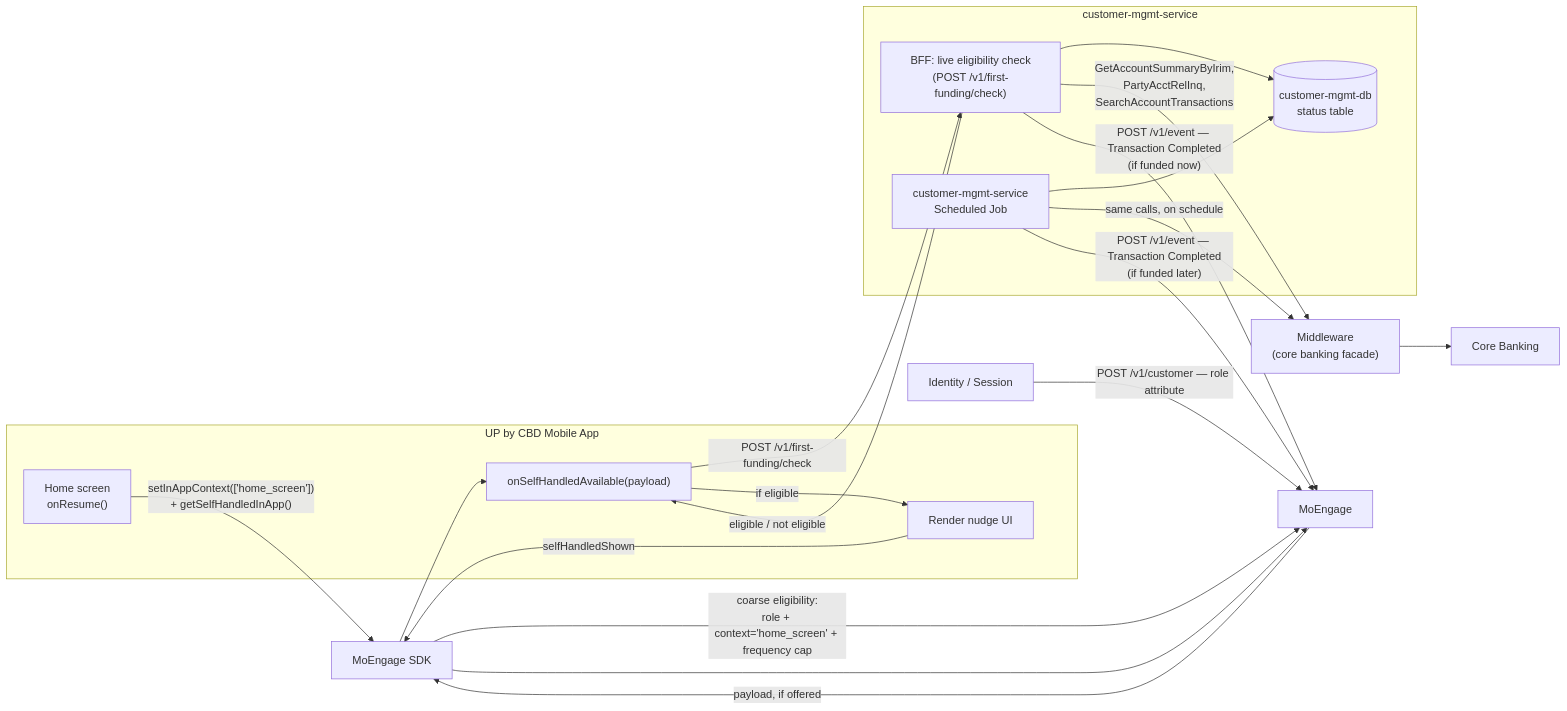
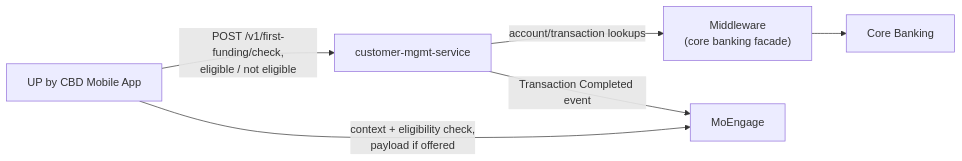
Before and after one commit to tbrudnicki/cbd: the first of 3 diagrams in nudges/First-founding-moengage-sdk-delivery-solution-design.md, drawn with Mermaid. The commit also changed other lines of this file and 1 other file, not shown here.

Commit message:
Simplify first_funding C2 diagram and drop revision history framing
Collapse the C2 diagram to its essential nodes (mobile app, MoEngage,
customer-mgmt-service, middleware, core banking) and rewrite both
documents to stand alone, without references to prior revisions or
iterations that readers have no context for.

```diff
--- a/nudges/First-founding-moengage-sdk-delivery-solution-design.md
+++ b/nudges/First-founding-moengage-sdk-delivery-solution-design.md
@@ -29,34 +29,12 @@
 ::: mermaid
 flowchart LR
-  subgraph MOBILE["UP by CBD Mobile App"]
-    HOME["Home screen<br>onResume()"]
-    CB_APP["onSelfHandledAvailable(payload)"]
-    RENDER["Render nudge UI"]
-  end
+  MOBILE["UP by CBD Mobile App"]
+  CMS["customer-mgmt-service"]
+  MW["Middleware<br>(core banking facade)"]
 
-  subgraph KV["customer-mgmt-service"]
-    BFF["BFF: live eligibility check<br>(POST /v1/first-funding/check)"]
-    SCHED["customer-mgmt-service<br>Scheduled Job"]
-    DB[("customer-mgmt-db<br>status table")]
-  end
-
-  HOME -->|"setInAppContext(['home_screen'])<br>+ getSelfHandledInApp()"| SDK["MoEngage SDK"]
-  SDK -->|"coarse eligibility:<br>role + context='home_screen' + frequency cap"| MOE[MoEngage]
-  MOE -->|"payload, if offered"| SDK --> CB_APP
-  CB_APP -->|"POST /v1/first-funding/check"| BFF
-
-  BFF --> DB
-  SCHED --> DB
-  BFF -->|"GetAccountSummaryByIrim,<br>PartyAcctRelInq,<br>SearchAccountTransactions"| MW["Middleware<br>(core banking facade)"]
-  SCHED -->|"same calls, on schedule"| MW
+  MOBILE -->|"context + eligibility check,<br>payload if offered"| MOE[MoEngage]
+  MOBILE -->|"POST /v1/first-funding/check,<br>eligible / not eligible"| CMS
+  CMS -->|"account/transaction lookups"| MW
   MW --> CBK[Core Banking]
-
-  BFF -->|"eligible / not eligible"| CB_APP
-  CB_APP -->|"if eligible"| RENDER
-  RENDER -->|"selfHandledShown"| SDK --> MOE
-
-  BFF -->|"POST /v1/event — Transaction Completed<br>(if funded now)"| MOE
-  SCHED -->|"POST /v1/event — Transaction Completed<br>(if funded later)"| MOE
-
-  ID["Identity / Session"] -->|"POST /v1/customer — role attribute"| MOE
+  CMS -->|"Transaction Completed event"| MOE
 :::
```
